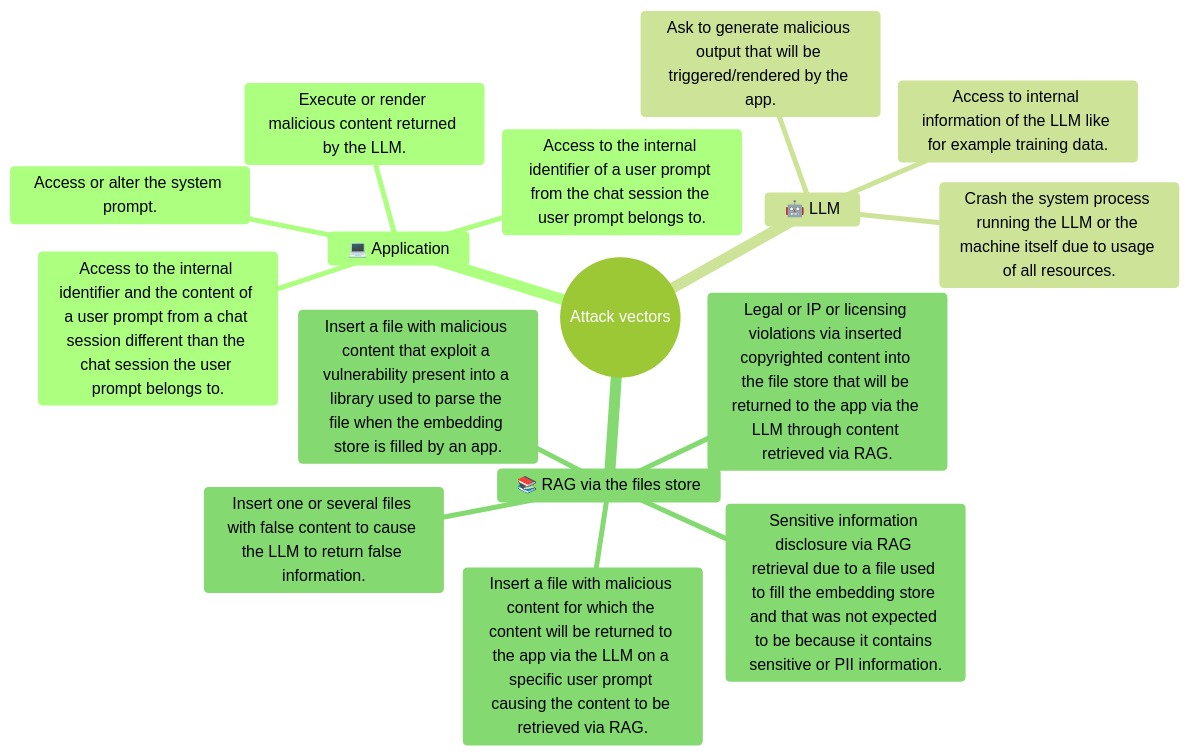
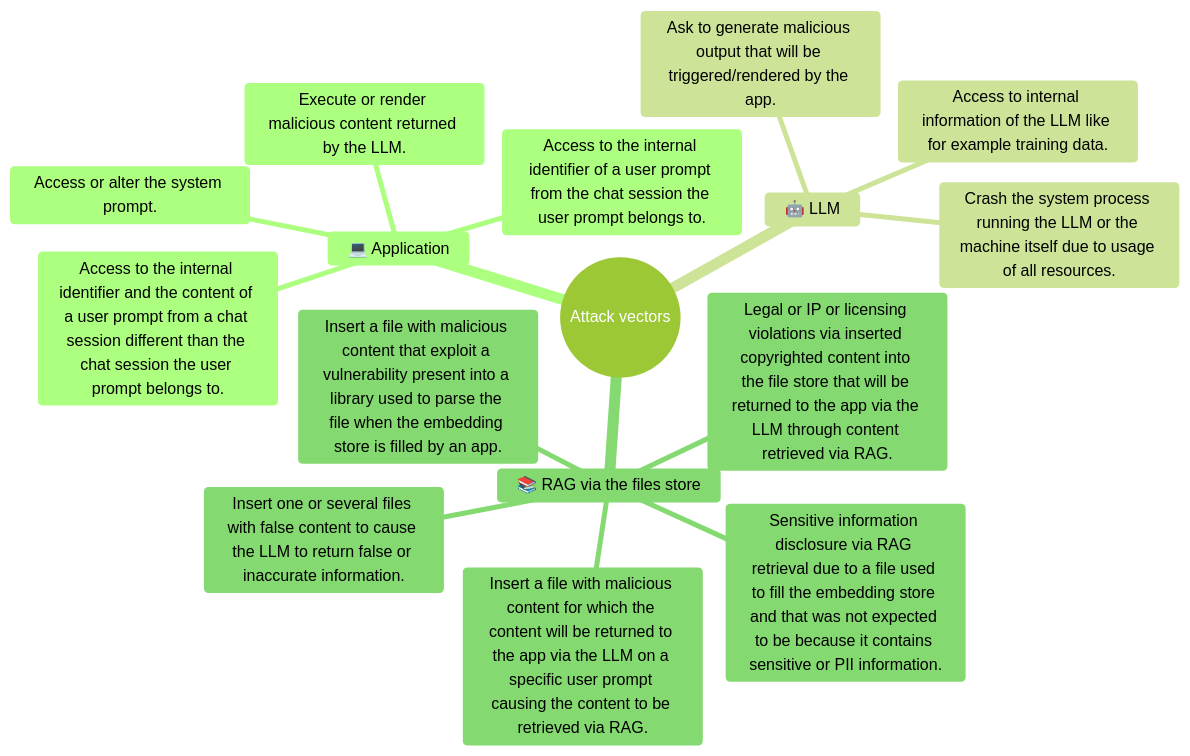
One commit to righettod/poc-llm changed the diagram in README.md. Above: the diagram before and after it, drawn with Mermaid (forest theme).

````diff
--- a/README.md
+++ b/README.md
@@ -51,19 +51,19 @@
 ```mermaid
 mindmap
   root((Attack vectors))
     💻 Application
         Access or alter the system prompt.
         Execute or render malicious content returned by the LLM.
         Access to the internal identifier of a user prompt from the chat session the user prompt belongs to.
         Access to the internal identifier and the content of a user prompt from a chat session different than the chat session the user prompt belongs to.
     🤖 LLM
         Access to internal information of the LLM like for example training data.
         Ask to generate malicious output that will be triggered/rendered by the app.
         Crash the system process running the LLM or the machine itself due to usage of all resources.
     📚 RAG via the files store
         Insert a file with malicious content for which the content will be returned to the app via the LLM on a specific user prompt causing the content to be retrieved via RAG.
         Insert a file with malicious content that exploit a vulnerability present into a library used to parse the file when the embedding store is filled by an app.
         Sensitive information disclosure via RAG retrieval due to a file used to fill the embedding store and that was not expected to be because it contains sensitive or PII information.
-        Insert one or several files with false content to cause the LLM to return false information.
+        Insert one or several files with false content to cause the LLM to return false or inaccurate information.
         Legal or IP or licensing violations via inserted copyrighted content into the file store that will be returned to the app via the LLM through content retrieved via RAG.
 ```
````
